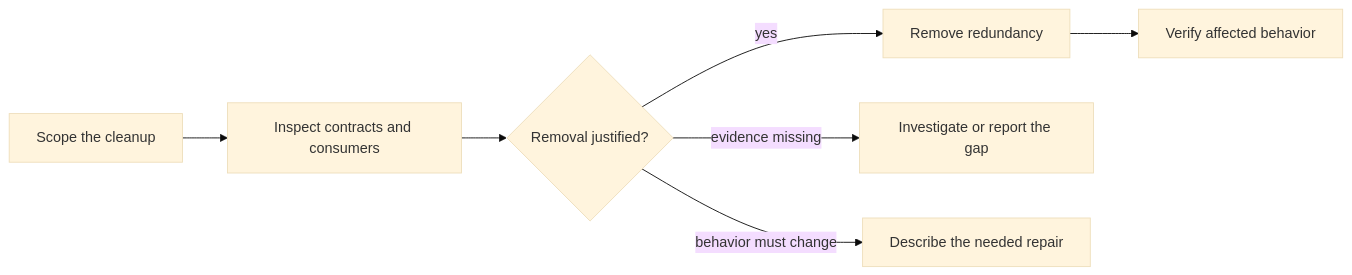
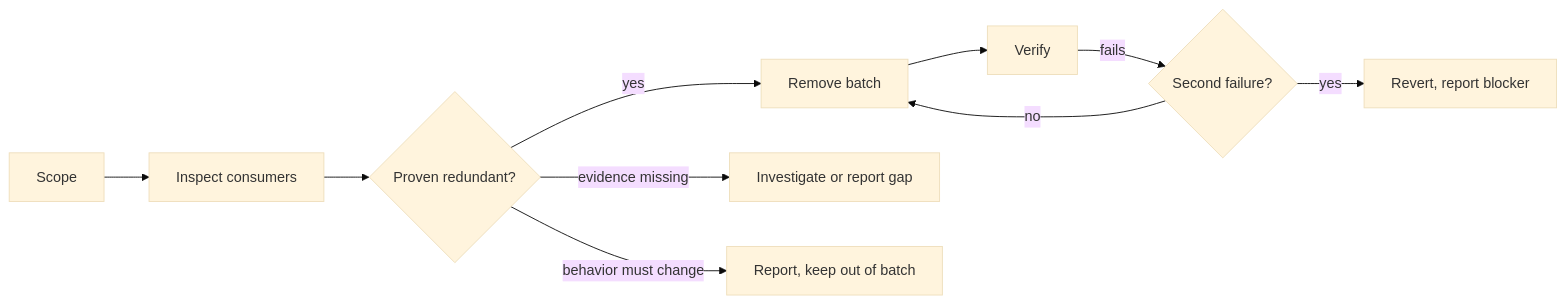
Before and after one commit to bgauryy/octocode-mcp: the diagram in skills/octocode-clean-agentic-code/SKILL.md, drawn with Mermaid (base theme). The commit also changed other lines of this file and 980 other files, not shown here.

````diff
--- a/skills/octocode-clean-agentic-code/SKILL.md
+++ b/skills/octocode-clean-agentic-code/SKILL.md
@@ -10,8 +10,11 @@
 ```mermaid
 flowchart LR
-    S[Scope the cleanup] --> P[Inspect contracts and consumers]
-    P --> T{Removal justified?}
-    T -- yes --> E[Remove redundancy] --> V[Verify affected behavior]
-    T -- evidence missing --> I[Investigate or report the gap]
-    T -- behavior must change --> D[Describe the needed repair]
+    S[Scope] --> P[Inspect consumers]
+    P --> T{Proven redundant?}
+    T -- yes --> E[Remove batch] --> V[Verify]
+    T -- "evidence missing" --> I[Investigate or report gap]
+    T -- "behavior must change" --> D[Report, keep out of batch]
+    V -- fails --> F{Second failure?}
+    F -- no --> E
+    F -- yes --> U[Revert, report blocker]
 ```
````
